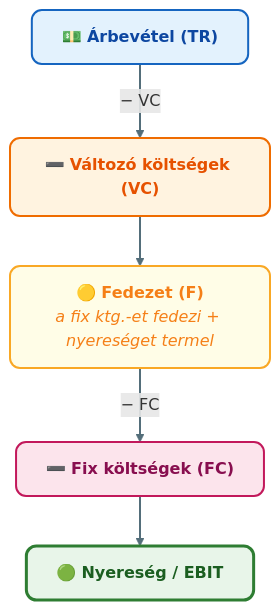
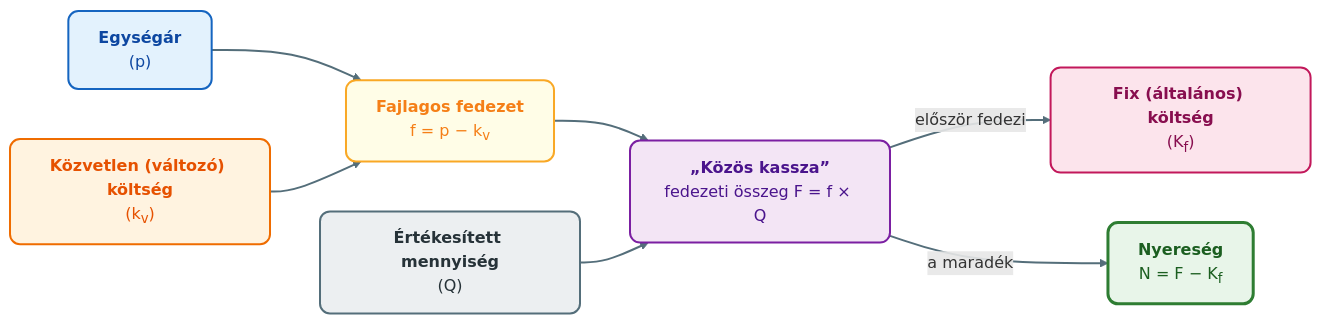
One commit to denespocsik/MM_BSC_Zarovizsga changed the first of 2 diagrams in Tételek/K17-GIXVS2MBLF-Kalkulációs módszerek és fedezetszámítás.tétel.md. Above: the diagram before and after it, drawn with Mermaid. The commit also changed other lines of this file, not shown here.

````diff
--- a/Tételek/K17-GIXVS2MBLF-Kalkulációs módszerek és fedezetszámítás.tétel.md
+++ b/Tételek/K17-GIXVS2MBLF-Kalkulációs módszerek és fedezetszámítás.tétel.md
@@ -41,21 +80,27 @@
 ```mermaid
-flowchart TD
-    TR["💵 <b>Árbevétel (TR)</b>"]:::kek
-    VC["➖ <b>Változó költségek (VC)</b>"]:::narancs
-    F["🟡 <b>Fedezet (F)</b><br/><i>a fix ktg.-et fedezi + nyereséget termel</i>"]:::sarga
-    FC["➖ <b>Fix költségek (FC)</b>"]:::rozsa
-    EBIT["🟢 <b>Nyereség / EBIT</b>"]:::zoldH
+flowchart LR
+    P["<b>Egységár</b><br/>(p)"]:::kek
+    KV["<b>Közvetlen (változó) költség</b><br/>(k<sub>v</sub>)"]:::narancs
+    F["<b>Fajlagos fedezet</b><br/>f = p − k<sub>v</sub>"]:::sarga
+    Q["<b>Értékesített mennyiség</b><br/>(Q)"]:::szurke
+    KK["<b>„Közös kassza”</b><br/>fedezeti összeg F = f × Q"]:::lila
+    KF["<b>Fix (általános) költség</b><br/>(K<sub>f</sub>)"]:::rozsa
+    NY["<b>Nyereség</b><br/>N = F − K<sub>f</sub>"]:::zoldH
 
-    TR -->|"− VC"| VC
-    VC --> F
-    F -->|"− FC"| FC
-    FC --> EBIT
+    P --> F
+    KV --> F
+    F --> KK
+    Q --> KK
+    KK -->|"először fedezi"| KF
+    KK -->|"a maradék"| NY
 
     classDef kek     fill:#e3f2fd,stroke:#1565c0,stroke-width:2px,color:#0d47a1,rx:10,ry:10;
+    classDef narancs fill:#fff3e0,stroke:#ef6c00,stroke-width:2px,color:#e65100,rx:10,ry:10;
+    classDef sarga   fill:#fffde7,stroke:#f9a825,stroke-width:2px,color:#f57f17,rx:10,ry:10;
+    classDef szurke  fill:#eceff1,stroke:#546e7a,stroke-width:2px,color:#263238,rx:10,ry:10;
+    classDef lila    fill:#f3e5f5,stroke:#7b1fa2,stroke-width:2px,color:#4a148c,rx:10,ry:10;
+    classDef rozsa   fill:#fce4ec,stroke:#c2185b,stroke-width:2px,color:#880e4f,rx:10,ry:10;
     classDef zoldH   fill:#e8f5e9,stroke:#2e7d32,stroke-width:3px,color:#1b5e20,rx:10,ry:10;
-    classDef narancs fill:#fff3e0,stroke:#ef6c00,stroke-width:2px,color:#e65100,rx:10,ry:10;
-    classDef rozsa   fill:#fce4ec,stroke:#c2185b,stroke-width:2px,color:#880e4f,rx:10,ry:10;
-    classDef sarga   fill:#fffde7,stroke:#f9a825,stroke-width:2px,color:#f57f17,rx:10,ry:10;
 
     linkStyle default stroke:#546e7a,stroke-width:2px;
 ```
````
